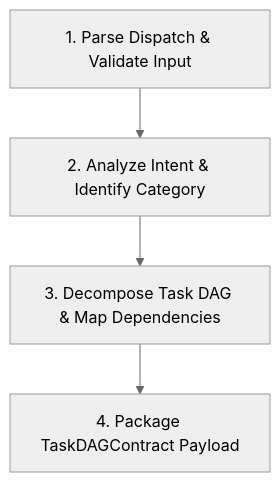
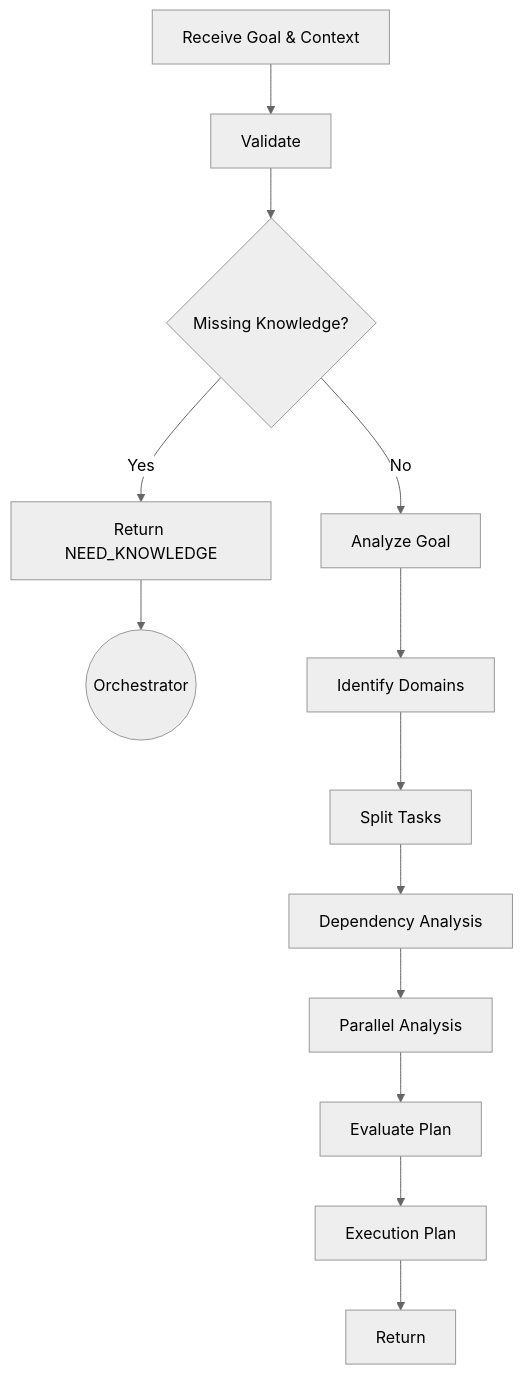
One commit to Nozs002/Agentic-Work changed the diagram in agents/planner/AGENT.md. Above: the diagram before and after it, drawn with Mermaid (neutral theme). The commit also changed other lines of this file and 14 other files, not shown here.

Commit message:
Update planner agent, add skills and schemas

````diff
--- a/agents/planner/AGENT.md
+++ b/agents/planner/AGENT.md
@@ -123,6 +149,15 @@
 ```mermaid
 flowchart TD
-    A[1. Parse Dispatch & Validate Input] --> B[2. Analyze Intent & Identify Category]
-    B --> C[3. Decompose Task DAG & Map Dependencies]
-    C --> D[4. Package TaskDAGContract Payload]
+    A[Receive Goal & Context] --> B[Validate]
+    B --> C{Missing Knowledge?}
+    C -- Yes --> D[Return NEED_KNOWLEDGE]
+    D --> O((Orchestrator))
+    C -- No --> F[Analyze Goal]
+    F --> G[Identify Domains]
+    G --> H[Split Tasks]
+    H --> I[Dependency Analysis]
+    I --> J[Parallel Analysis]
+    J --> K[Evaluate Plan]
+    K --> M[Execution Plan]
+    M --> N[Return]
 ```
````
